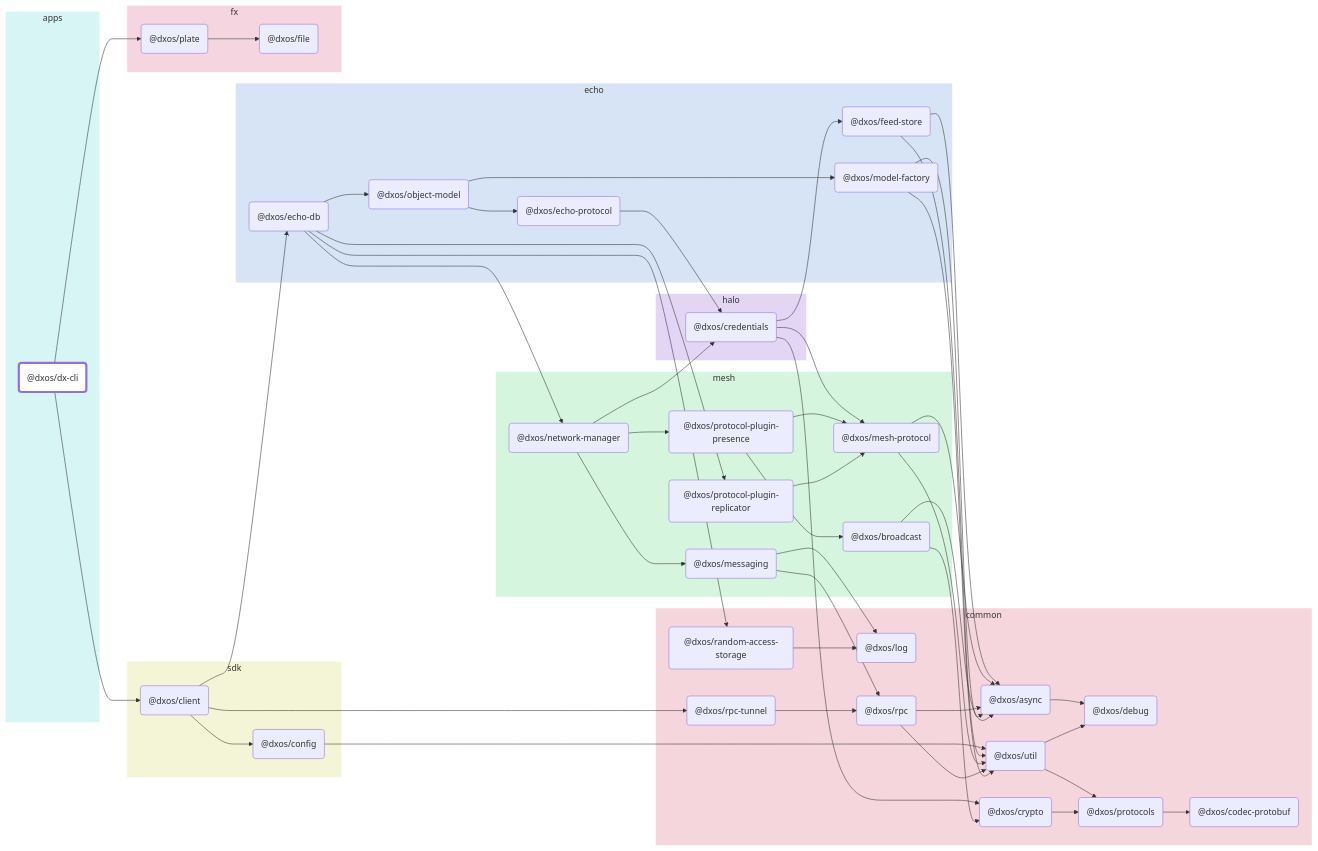
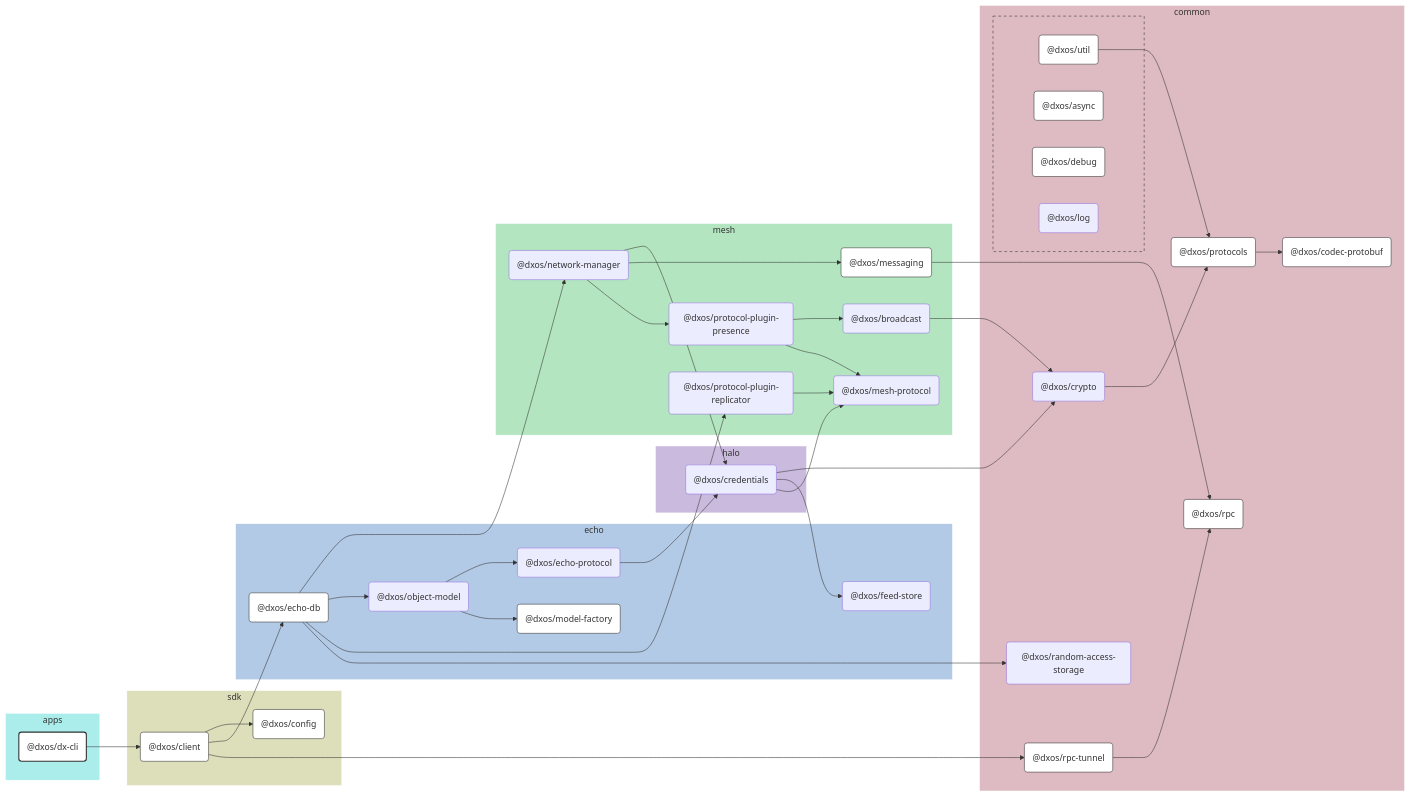
One commit to dxos/dxos changed the diagram in apps/dx-cli/docs/README.md. Above: the diagram before and after it, drawn with Mermaid. The commit also changed other lines of this file and 100 other files, not shown here.

````diff
--- a/apps/dx-cli/docs/README.md
+++ b/apps/dx-cli/docs/README.md
@@ -7,118 +7,129 @@
 ```mermaid
-flowchart LR;
+%%{ init: {'flowchart':{'curve':'basis'}} }%%
 
-style dxos/dx-cli fill:#fff,stroke-width:4px;
+flowchart LR
 
-click dxos/async "https:/github.com/dxos/dxos/tree/main/packages/common/async/docs";
-click dxos/debug "https:/github.com/dxos/dxos/tree/main/packages/common/debug/docs";
-click dxos/client "https:/github.com/dxos/dxos/tree/main/packages/sdk/client/docs";
-click dxos/codec-protobuf "https:/github.com/dxos/dxos/tree/main/packages/common/codec-protobuf/docs";
-click dxos/config "https:/github.com/dxos/dxos/tree/main/packages/sdk/config/docs";
-click dxos/echo-db "https:/github.com/dxos/dxos/tree/main/packages/echo/echo-db/docs";
-click dxos/model-factory "https:/github.com/dxos/dxos/tree/main/packages/echo/model-factory/docs";
-click dxos/protocols "https:/github.com/dxos/dxos/tree/main/packages/common/protocols/docs";
-click dxos/rpc "https:/github.com/dxos/dxos/tree/main/packages/common/rpc/docs";
-click dxos/rpc-tunnel "https:/github.com/dxos/dxos/tree/main/packages/common/rpc-tunnel/docs";
-click dxos/messaging "https:/github.com/dxos/dxos/tree/main/packages/mesh/messaging/docs";
-click dxos/util "https:/github.com/dxos/dxos/tree/main/packages/common/util/docs";
-click dxos/plate "https:/github.com/dxos/dxos/tree/main/packages/fx/plate/docs";
-click dxos/file "https:/github.com/dxos/dxos/tree/main/packages/fx/file/docs";
+%% Links
+dxos/broadcast --> dxos/crypto;
+dxos/client --> dxos/config;
+dxos/client --> dxos/echo-db;
+dxos/client --> dxos/rpc-tunnel;
+dxos/credentials --> dxos/crypto;
+dxos/credentials --> dxos/feed-store;
+dxos/credentials --> dxos/mesh-protocol;
+dxos/crypto --> dxos/protocols;
+dxos/dx-cli --> dxos/client;
+dxos/echo-db --> dxos/network-manager;
+dxos/echo-db --> dxos/object-model;
+dxos/echo-db --> dxos/protocol-plugin-replicator;
+dxos/echo-db --> dxos/random-access-storage;
+dxos/echo-protocol --> dxos/credentials;
+dxos/messaging --> dxos/rpc;
+dxos/network-manager --> dxos/credentials;
+dxos/network-manager --> dxos/messaging;
+dxos/network-manager --> dxos/protocol-plugin-presence;
+dxos/object-model --> dxos/echo-protocol;
+dxos/object-model --> dxos/model-factory;
+dxos/protocol-plugin-presence --> dxos/broadcast;
+dxos/protocol-plugin-presence --> dxos/mesh-protocol;
+dxos/protocol-plugin-replicator --> dxos/mesh-protocol;
+dxos/protocols --> dxos/codec-protobuf;
+dxos/rpc-tunnel --> dxos/rpc;
+dxos/util --> dxos/protocols;
 
+%% Sections
 subgraph apps
-  style apps fill:#d6f5f4,stroke:#fff;
-  dxos/dx-cli("@dxos/dx-cli");
+  style apps fill:#abedeb,stroke:#fff;
+
+  dxos/dx-cli("@dxos/dx-cli")
 end
 
 subgraph common
-  style common fill:#f5d6dd,stroke:#fff;
-  dxos/async("@dxos/async");
-  dxos/debug("@dxos/debug");
-  dxos/codec-protobuf("@dxos/codec-protobuf");
-  dxos/protocols("@dxos/protocols");
-  dxos/util("@dxos/util");
-  dxos/log("@dxos/log");
-  dxos/crypto("@dxos/crypto");
-  dxos/rpc("@dxos/rpc");
-  dxos/random-access-storage("@dxos/random-access-storage");
-  dxos/rpc-tunnel("@dxos/rpc-tunnel");
+  style common fill:#debac2,stroke:#fff;
+
+  dxos/codec-protobuf("@dxos/codec-protobuf")
+  dxos/crypto("@dxos/crypto")
+  dxos/protocols("@dxos/protocols")
+  dxos/random-access-storage("@dxos/random-access-storage")
+  dxos/rpc("@dxos/rpc")
+  dxos/rpc-tunnel("@dxos/rpc-tunnel")
+
+  subgraph common-excluded [ ]
+    style common-excluded fill:#debac2,stroke:#333,stroke-dasharray:5 5;
+
+    dxos/async("@dxos/async")
+    dxos/debug("@dxos/debug")
+    dxos/log("@dxos/log")
+    dxos/util("@dxos/util")
+  end
 end
 
 subgraph sdk
-  style sdk fill:#f4f5d6,stroke:#fff;
-  dxos/client("@dxos/client");
-  dxos/config("@dxos/config");
+  style sdk fill:#dddeba,stroke:#fff;
+
+  dxos/client("@dxos/client")
+  dxos/config("@dxos/config")
 end
 
 subgraph echo
-  style echo fill:#d6e4f5,stroke:#fff;
-  dxos/echo-db("@dxos/echo-db");
-  dxos/feed-store("@dxos/feed-store");
-  dxos/echo-protocol("@dxos/echo-protocol");
-  dxos/model-factory("@dxos/model-factory");
-  dxos/object-model("@dxos/object-model");
+  style echo fill:#b3cae6,stroke:#fff;
+
+  dxos/echo-db("@dxos/echo-db")
+  dxos/echo-protocol("@dxos/echo-protocol")
+  dxos/feed-store("@dxos/feed-store")
+  dxos/model-factory("@dxos/model-factory")
+  dxos/object-model("@dxos/object-model")
 end
 
 subgraph halo
-  style halo fill:#e3d6f5,stroke:#fff;
-  dxos/credentials("@dxos/credentials");
+  style halo fill:#cabade,stroke:#fff;
+
+  dxos/credentials("@dxos/credentials")
 end
 
 subgraph mesh
-  style mesh fill:#d6f5de,stroke:#fff;
-  dxos/mesh-protocol("@dxos/mesh-protocol");
-  dxos/messaging("@dxos/messaging");
-  dxos/network-manager("@dxos/network-manager");
-  dxos/protocol-plugin-presence("@dxos/protocol-plugin-presence");
-  dxos/broadcast("@dxos/broadcast");
-  dxos/protocol-plugin-replicator("@dxos/protocol-plugin-replicator");
+  style mesh fill:#b3e6c0,stroke:#fff;
+
+  dxos/broadcast("@dxos/broadcast")
+  dxos/mesh-protocol("@dxos/mesh-protocol")
+  dxos/messaging("@dxos/messaging")
+  dxos/network-manager("@dxos/network-manager")
+  dxos/protocol-plugin-presence("@dxos/protocol-plugin-presence")
+  dxos/protocol-plugin-replicator("@dxos/protocol-plugin-replicator")
 end
 
-subgraph fx
-  style fx fill:#f5d6e0,stroke:#fff;
-  dxos/plate("@dxos/plate");
-  dxos/file("@dxos/file");
-end
 
-dxos/async --> dxos/debug;
-dxos/dx-cli --> dxos/client;
-dxos/client --> dxos/config;
-dxos/protocols --> dxos/codec-protobuf;
-dxos/config --> dxos/util;
-dxos/util --> dxos/debug;
-dxos/util --> dxos/protocols;
-dxos/client --> dxos/echo-db;
-dxos/credentials --> dxos/crypto;
-dxos/crypto --> dxos/protocols;
-dxos/credentials --> dxos/feed-store;
-dxos/feed-store --> dxos/async;
-dxos/feed-store --> dxos/util;
-dxos/credentials --> dxos/mesh-protocol;
-dxos/mesh-protocol --> dxos/async;
-dxos/mesh-protocol --> dxos/util;
-dxos/echo-protocol --> dxos/credentials;
-dxos/messaging --> dxos/log;
-dxos/messaging --> dxos/rpc;
-dxos/rpc --> dxos/async;
-dxos/rpc --> dxos/util;
-dxos/model-factory --> dxos/async;
-dxos/model-factory --> dxos/util;
-dxos/echo-db --> dxos/network-manager;
-dxos/network-manager --> dxos/credentials;
-dxos/network-manager --> dxos/messaging;
-dxos/network-manager --> dxos/protocol-plugin-presence;
-dxos/protocol-plugin-presence --> dxos/broadcast;
-dxos/broadcast --> dxos/async;
-dxos/broadcast --> dxos/crypto;
-dxos/protocol-plugin-presence --> dxos/mesh-protocol;
-dxos/echo-db --> dxos/object-model;
-dxos/object-model --> dxos/echo-protocol;
-dxos/object-model --> dxos/model-factory;
-dxos/echo-db --> dxos/protocol-plugin-replicator;
-dxos/protocol-plugin-replicator --> dxos/mesh-protocol;
-dxos/echo-db --> dxos/random-access-storage;
-dxos/random-access-storage --> dxos/log;
-dxos/client --> dxos/rpc-tunnel;
-dxos/rpc-tunnel --> dxos/rpc;
-dxos/dx-cli --> dxos/plate;
-dxos/plate --> dxos/file;
+%% Hyperlinks
+click dxos/async href "https:/github.com/dxos/dxos/tree/main/packages/common/async/docs";
+click dxos/client href "https:/github.com/dxos/dxos/tree/main/packages/sdk/client/docs";
+click dxos/codec-protobuf href "https:/github.com/dxos/dxos/tree/main/packages/common/codec-protobuf/docs";
+click dxos/config href "https:/github.com/dxos/dxos/tree/main/packages/sdk/config/docs";
+click dxos/debug href "https:/github.com/dxos/dxos/tree/main/packages/common/debug/docs";
+click dxos/echo-db href "https:/github.com/dxos/dxos/tree/main/packages/echo/echo-db/docs";
+click dxos/messaging href "https:/github.com/dxos/dxos/tree/main/packages/mesh/messaging/docs";
+click dxos/model-factory href "https:/github.com/dxos/dxos/tree/main/packages/echo/model-factory/docs";
+click dxos/protocols href "https:/github.com/dxos/dxos/tree/main/packages/common/protocols/docs";
+click dxos/rpc href "https:/github.com/dxos/dxos/tree/main/packages/common/rpc/docs";
+click dxos/rpc-tunnel href "https:/github.com/dxos/dxos/tree/main/packages/common/rpc-tunnel/docs";
+click dxos/util href "https:/github.com/dxos/dxos/tree/main/packages/common/util/docs";
+
+%% Styles
+classDef rootNode fill:#fff,stroke:#333,stroke-width:2px
+classDef defaultNode fill:#fff,stroke:#333,stroke-width:1px
+linkStyle default stroke:#333,stroke-width:1px
+
+dxos/dx-cli:::rootNode
+
+dxos/async:::defaultNode
+dxos/client:::defaultNode
+dxos/codec-protobuf:::defaultNode
+dxos/config:::defaultNode
+dxos/debug:::defaultNode
+dxos/echo-db:::defaultNode
+dxos/messaging:::defaultNode
+dxos/model-factory:::defaultNode
+dxos/protocols:::defaultNode
+dxos/rpc:::defaultNode
+dxos/rpc-tunnel:::defaultNode
+dxos/util:::defaultNode
 ```
````
